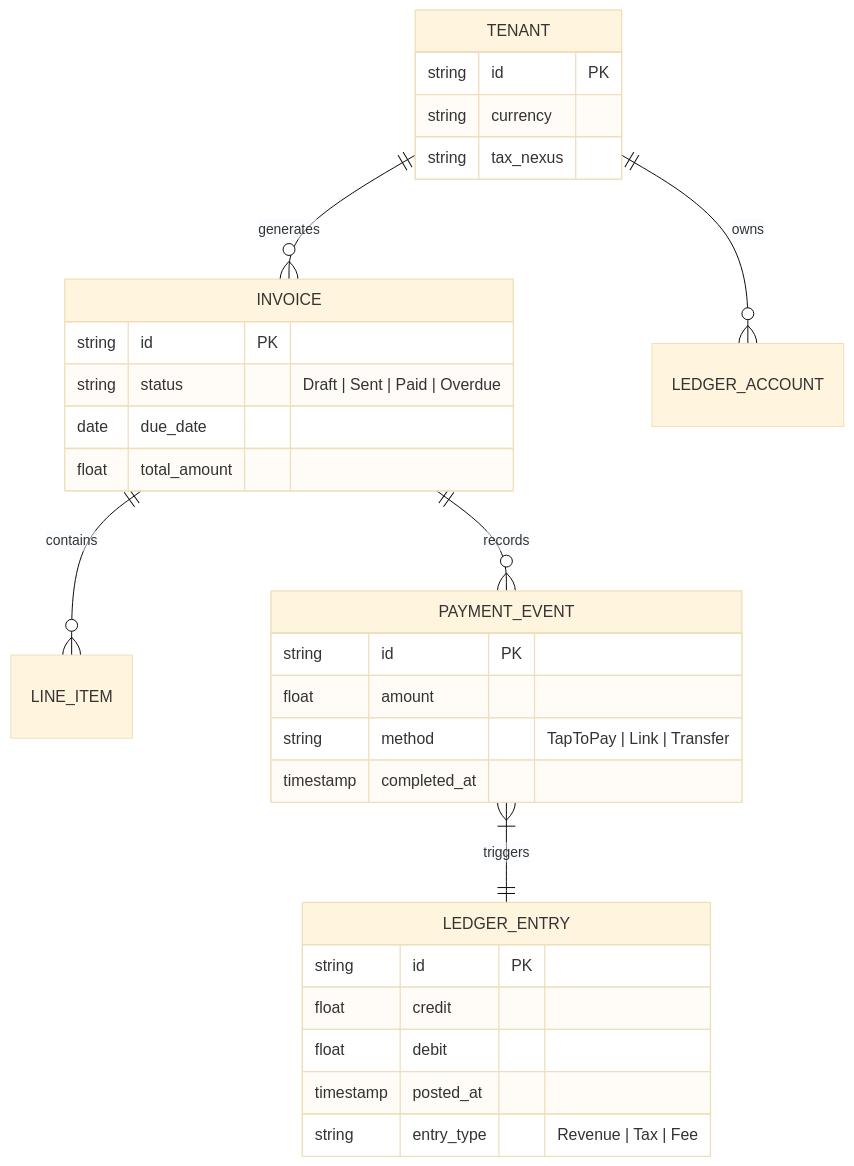
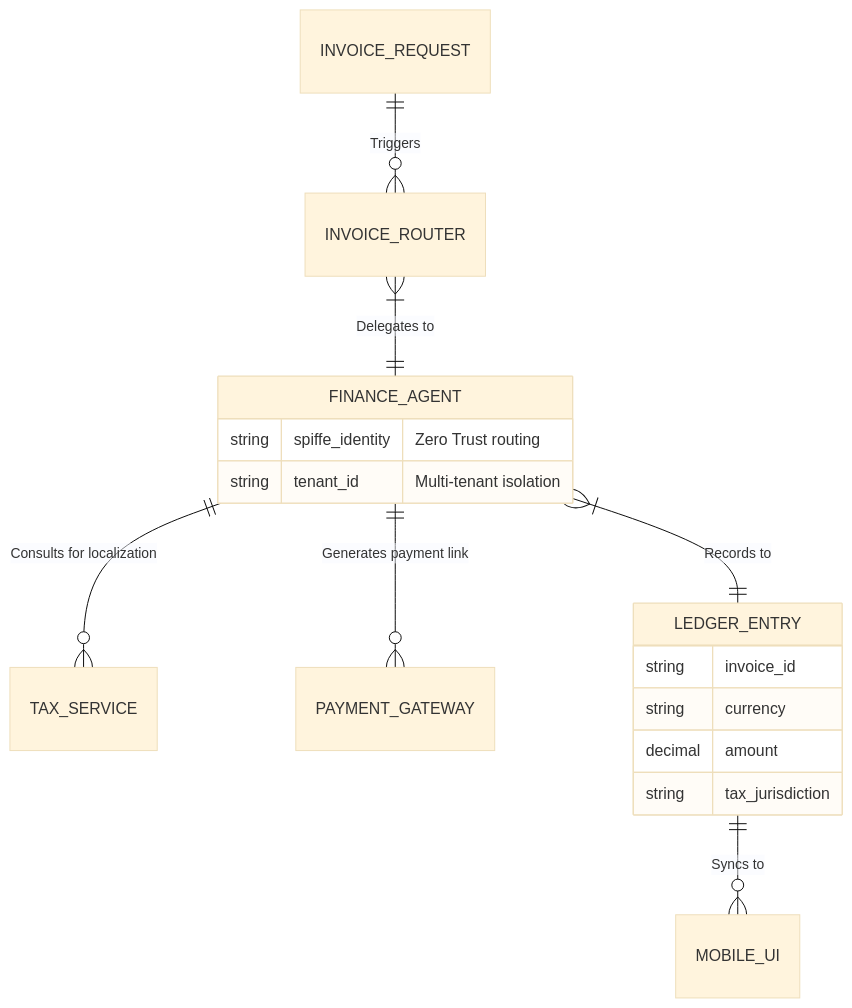
Before and after one commit to omnisolo-llc/onehumancorp: the diagram in docs/research/[architecture]_instant_localized_invoicing_ledger.md, drawn with Mermaid (base theme). The commit also changed other lines of this file and 1 other file, not shown here.

Commit message:
docs: Add architecture research for Instant Localized Invoicing Ledger

````diff
--- a/docs/research/[architecture]_instant_localized_invoicing_ledger.md
+++ b/docs/research/[architecture]_instant_localized_invoicing_ledger.md
@@ -24,33 +18,24 @@
 ```mermaid
 erDiagram
-    TENANT ||--o{ INVOICE : generates
-    TENANT ||--o{ LEDGER_ACCOUNT : owns
-    INVOICE ||--o{ LINE_ITEM : contains
-    INVOICE ||--o{ PAYMENT_EVENT : records
-    PAYMENT_EVENT }|--|| LEDGER_ENTRY : triggers
+    INVOICE_REQUEST ||--o{ INVOICE_ROUTER : "Triggers"
+    INVOICE_ROUTER }|--|| FINANCE_AGENT : "Delegates to"
 
-    TENANT {
-        string id PK
+    FINANCE_AGENT {
+        string spiffe_identity "Zero Trust routing"
+        string tenant_id "Multi-tenant isolation"
+    }
+
+    FINANCE_AGENT ||--o{ TAX_SERVICE : "Consults for localization"
+    FINANCE_AGENT ||--o{ PAYMENT_GATEWAY : "Generates payment link"
+
+    FINANCE_AGENT }|--|| LEDGER_ENTRY : "Records to"
+
+    LEDGER_ENTRY {
+        string invoice_id
         string currency
-        string tax_nexus
+        decimal amount
+        string tax_jurisdiction
     }
-    INVOICE {
-        string id PK
-        string status "Draft | Sent | Paid | Overdue"
-        date due_date
-        float total_amount
-    }
-    PAYMENT_EVENT {
-        string id PK
-        float amount
-        string method "TapToPay | Link | Transfer"
-        timestamp completed_at
-    }
-    LEDGER_ENTRY {
-        string id PK
-        float credit
-        float debit
-        timestamp posted_at
-        string entry_type "Revenue | Tax | Fee"
-    }
+
+    LEDGER_ENTRY ||--o{ MOBILE_UI : "Syncs to"
 ```
````
